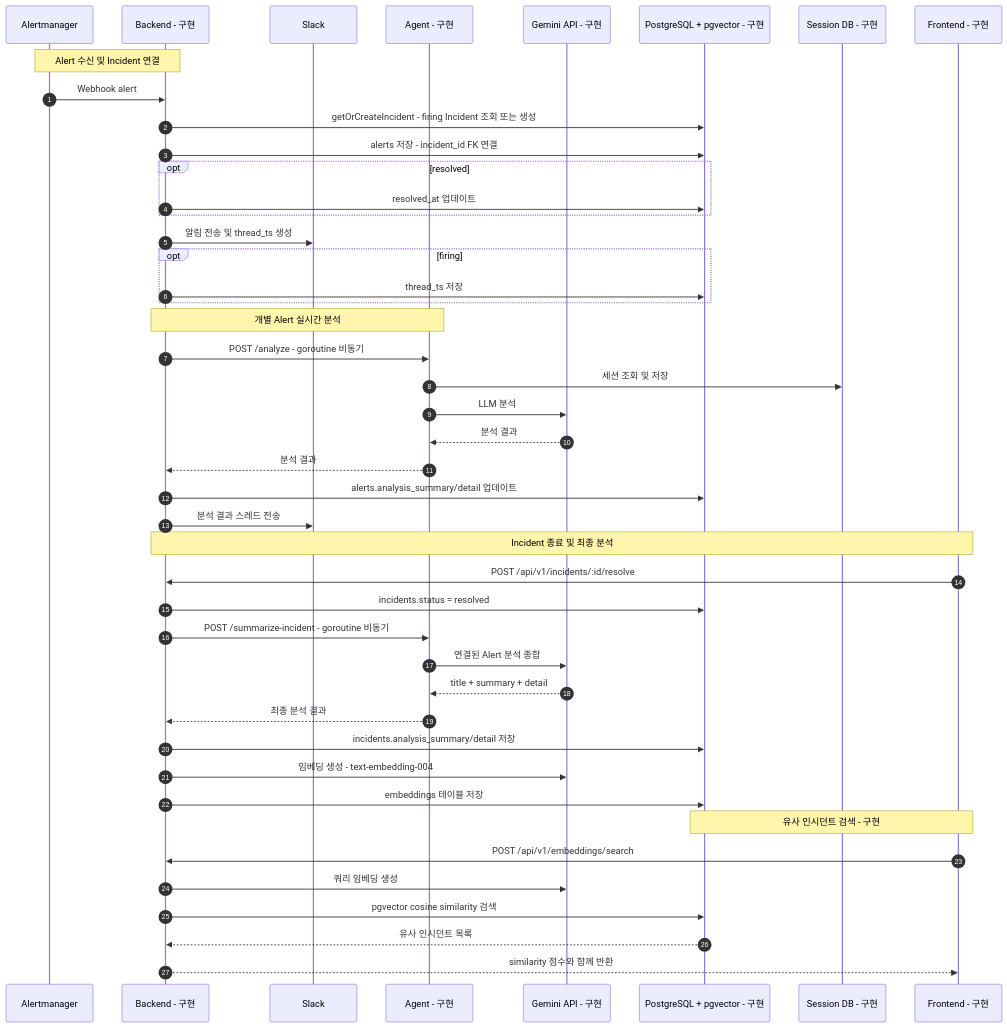
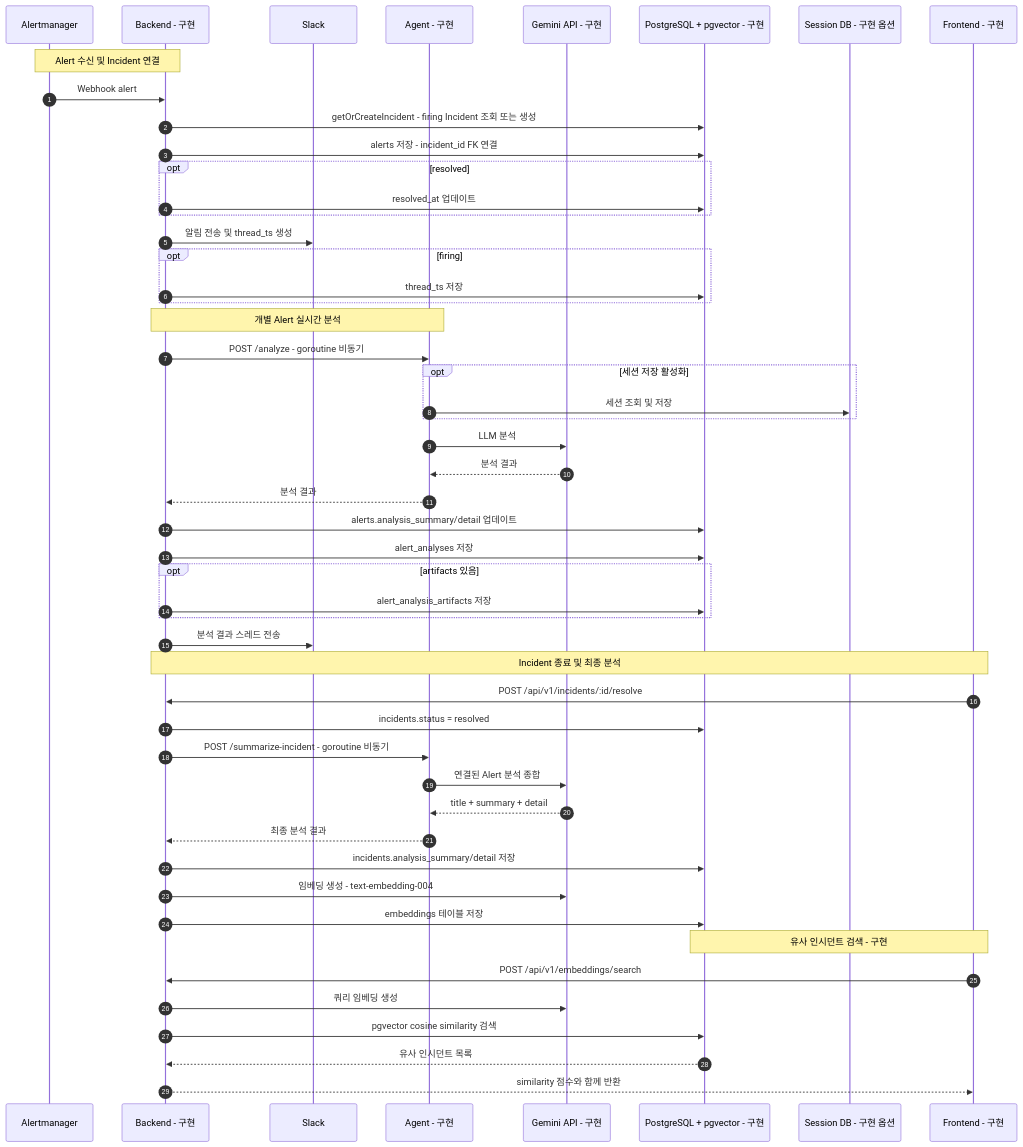
One commit to kube-rca/kuberca changed the diagram in docs/diagrams/alert_analysis_sequence_diagram.md. Above: the diagram before and after it, drawn with Mermaid. The commit also changed 3 other files, not shown here.

Commit message:
docs(github): sync diagrams and project docs

````diff
--- a/docs/diagrams/alert_analysis_sequence_diagram.md
+++ b/docs/diagrams/alert_analysis_sequence_diagram.md
@@ -1,51 +1,57 @@
 ```mermaid
 sequenceDiagram
   autonumber
   participant AM as Alertmanager
   participant BE as Backend - 구현
   participant SL as Slack
   participant AG as Agent - 구현
   participant LLM as Gemini API - 구현
   participant DB as PostgreSQL + pgvector - 구현
-  participant SDB as Session DB - 구현
+  participant SDB as Session DB - 구현 옵션
   participant FE as Frontend - 구현
 
   Note over AM,BE: Alert 수신 및 Incident 연결
   AM->>BE: Webhook alert
   BE->>DB: getOrCreateIncident - firing Incident 조회 또는 생성
   BE->>DB: alerts 저장 - incident_id FK 연결
   opt resolved
     BE->>DB: resolved_at 업데이트
   end
   BE->>SL: 알림 전송 및 thread_ts 생성
   opt firing
     BE->>DB: thread_ts 저장
   end
 
   Note over BE,AG: 개별 Alert 실시간 분석
   BE->>AG: POST /analyze - goroutine 비동기
-  AG->>SDB: 세션 조회 및 저장
+  opt 세션 저장 활성화
+    AG->>SDB: 세션 조회 및 저장
+  end
   AG->>LLM: LLM 분석
   LLM-->>AG: 분석 결과
   AG-->>BE: 분석 결과
   BE->>DB: alerts.analysis_summary/detail 업데이트
+  BE->>DB: alert_analyses 저장
+  opt artifacts 있음
+    BE->>DB: alert_analysis_artifacts 저장
+  end
   BE->>SL: 분석 결과 스레드 전송
 
   Note over FE,BE: Incident 종료 및 최종 분석
   FE->>BE: POST /api/v1/incidents/:id/resolve
   BE->>DB: incidents.status = resolved
   BE->>AG: POST /summarize-incident - goroutine 비동기
   AG->>LLM: 연결된 Alert 분석 종합
   LLM-->>AG: title + summary + detail
   AG-->>BE: 최종 분석 결과
   BE->>DB: incidents.analysis_summary/detail 저장
   BE->>LLM: 임베딩 생성 - text-embedding-004
   BE->>DB: embeddings 테이블 저장
 
   Note over FE,DB: 유사 인시던트 검색 - 구현
   FE->>BE: POST /api/v1/embeddings/search
   BE->>LLM: 쿼리 임베딩 생성
   BE->>DB: pgvector cosine similarity 검색
   DB-->>BE: 유사 인시던트 목록
   BE-->>FE: similarity 점수와 함께 반환
 ```
````
